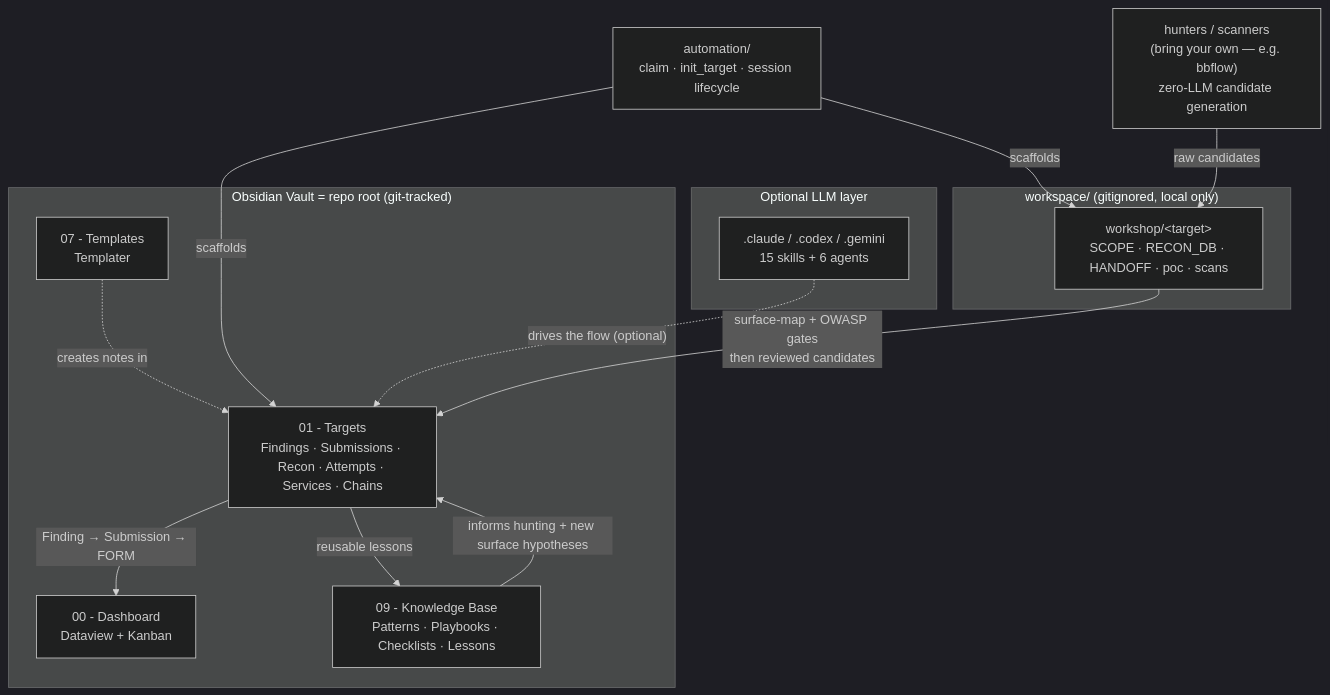
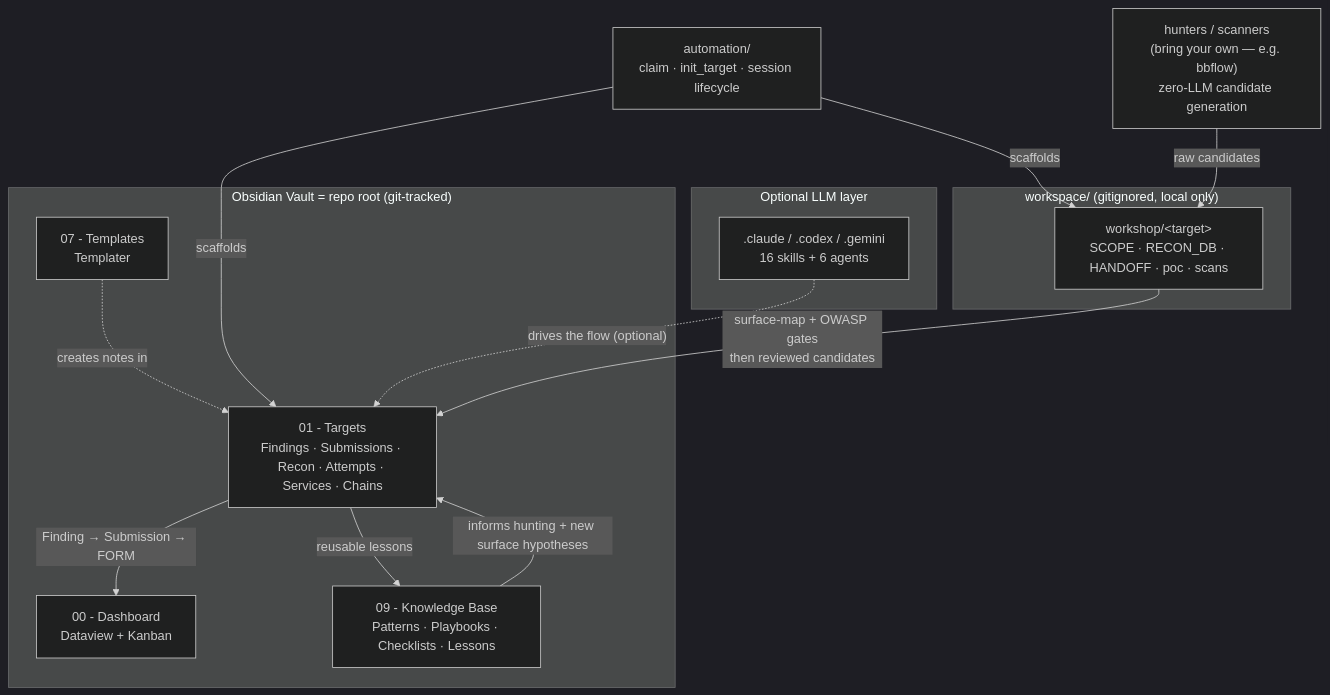
Before and after one commit to guan4tou2/bug-bounty-vault-framework: the diagram in README.md, drawn with Mermaid (dark theme). The commit also changed other lines of this file and 13 other files, not shown here.

````diff
--- a/README.md
+++ b/README.md
@@ -11,27 +11,27 @@
 ```mermaid
 flowchart TB
   subgraph VAULT["Obsidian Vault = repo root (git-tracked)"]
     DASH["00 - Dashboard<br/>Dataview + Kanban"]
     TGT["01 - Targets<br/>Findings · Submissions · Recon · Attempts · Services · Chains"]
     TPL["07 - Templates<br/>Templater"]
     KB["09 - Knowledge Base<br/>Patterns · Playbooks · Checklists · Lessons"]
   end
   subgraph LLM["Optional LLM layer"]
-    SK[".claude / .codex / .gemini<br/>15 skills + 6 agents"]
+    SK[".claude / .codex / .gemini<br/>16 skills + 6 agents"]
   end
   subgraph LOCAL["workspace/ (gitignored, local only)"]
     WS["workshop/&lt;target&gt;<br/>SCOPE · RECON_DB · HANDOFF · poc · scans"]
   end
   AUTO["automation/<br/>claim · init_target · session lifecycle"]
   HUNT["hunters / scanners<br/>(bring your own — e.g. bbflow)<br/>zero-LLM candidate generation"]
 
   AUTO -->|scaffolds| TGT
   AUTO -->|scaffolds| WS
   HUNT -->|"raw candidates"| WS
   WS -->|"surface-map + OWASP gates<br/>then reviewed candidates"| TGT
   TGT -->|"Finding → Submission → FORM"| DASH
   TGT -->|"reusable lessons"| KB
   KB -->|"informs hunting + new surface hypotheses"| TGT
   TPL -.->|"creates notes in"| TGT
   SK -.->|"drives the flow (optional)"| TGT
 ```
````
